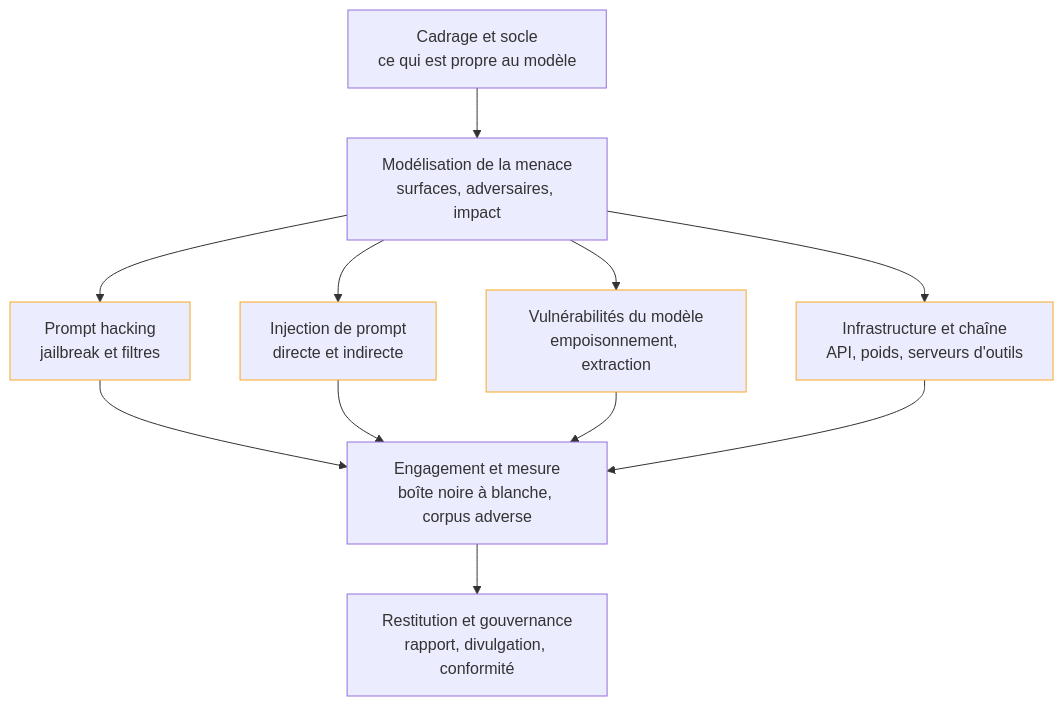
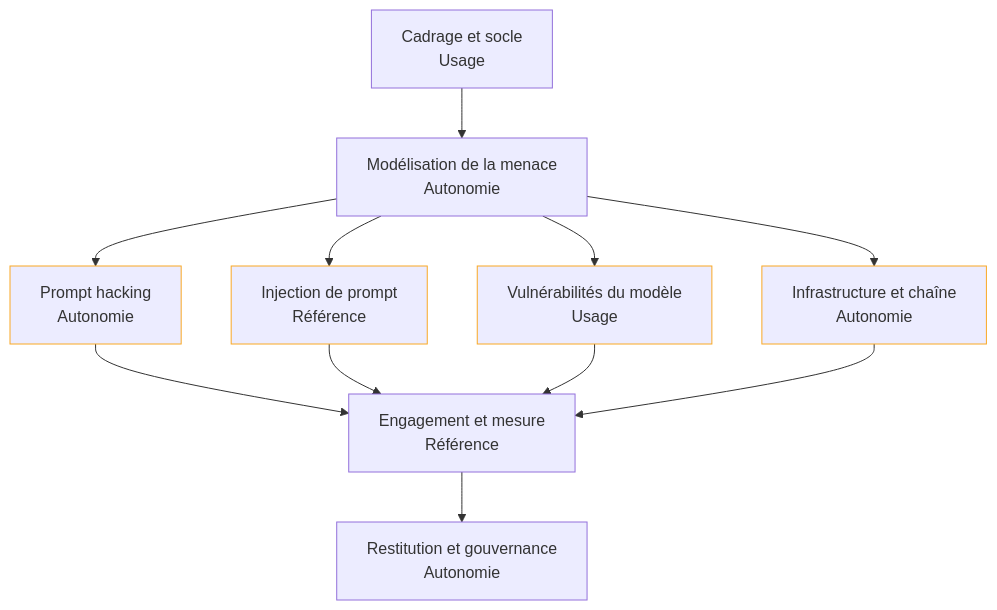
One commit to floSa/Atlas-Metiers-Roadmaps changed the diagram in content/parcours/ai-red-teaming/index.md. Above: the diagram before and after it, drawn with Mermaid. The commit also changed other lines of this file and 8 other files, not shown here.

````diff
--- a/content/parcours/ai-red-teaming/index.md
+++ b/content/parcours/ai-red-teaming/index.md
@@ -15,25 +15,25 @@
 ```mermaid
 flowchart TD
-  F["Cadrage et socle<br/>ce qui est propre au modèle"] --> M["Modélisation de la menace<br/>surfaces, adversaires, impact"]
-  M --> PH["Prompt hacking<br/>jailbreak et filtres"]
-  M --> PI["Injection de prompt<br/>directe et indirecte"]
-  M --> MV["Vulnérabilités du modèle<br/>empoisonnement, extraction"]
-  M --> IN["Infrastructure et chaîne<br/>API, poids, serveurs d'outils"]
-  PH --> E["Engagement et mesure<br/>boîte noire à blanche, corpus adverse"]
+  F["Cadrage et socle<br/>Usage"] --> M["Modélisation de la menace<br/>Autonomie"]
+  M --> PH["Prompt hacking<br/>Autonomie"]
+  M --> PI["Injection de prompt<br/>Référence"]
+  M --> MV["Vulnérabilités du modèle<br/>Usage"]
+  M --> IN["Infrastructure et chaîne<br/>Autonomie"]
+  PH --> E["Engagement et mesure<br/>Référence"]
   PI --> E
   MV --> E
   IN --> E
-  E --> R["Restitution et gouvernance<br/>rapport, divulgation, conformité"]
+  E --> R["Restitution et gouvernance<br/>Autonomie"]
 
   click F "/parcours/ai-red-teaming/cadrage-et-socle"
   click M "/parcours/ai-red-teaming/modelisation-de-la-menace"
   click PH "/parcours/ai-red-teaming/prompt-hacking"
   click PI "/parcours/ai-red-teaming/injection-de-prompt"
   click MV "/parcours/ai-red-teaming/vulnerabilites-du-modele"
   click IN "/parcours/ai-red-teaming/infrastructure-et-chaine"
   click E "/parcours/ai-red-teaming/engagement-et-mesure"
   click R "/parcours/ai-red-teaming/restitution-et-gouvernance"
 
   classDef surface stroke:#f9a825,stroke-width:1px
   class PH,PI,MV,IN surface
 ```
````
